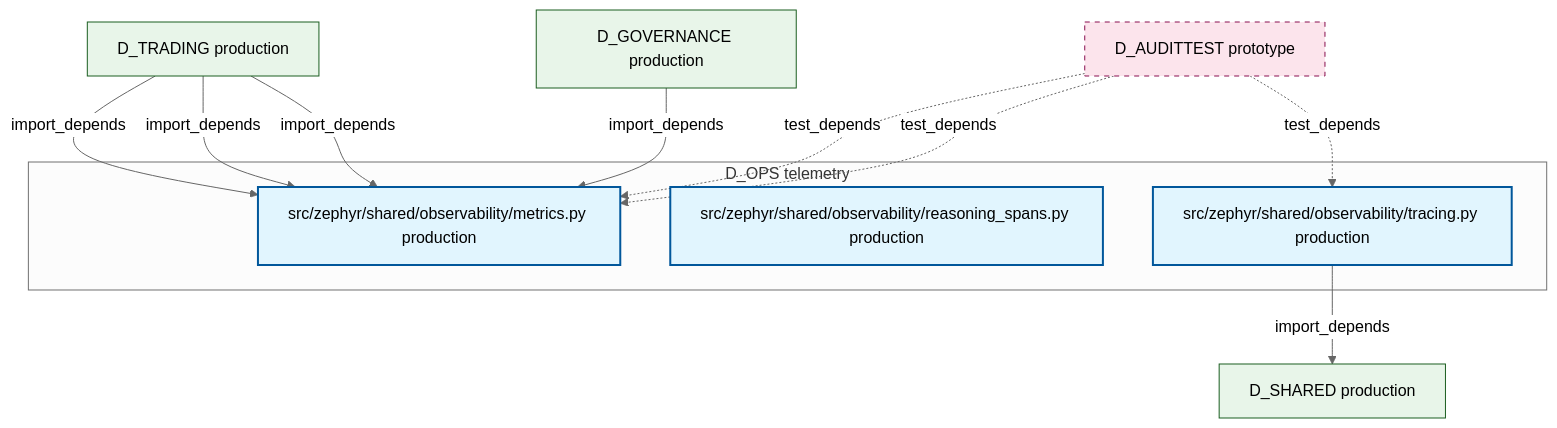
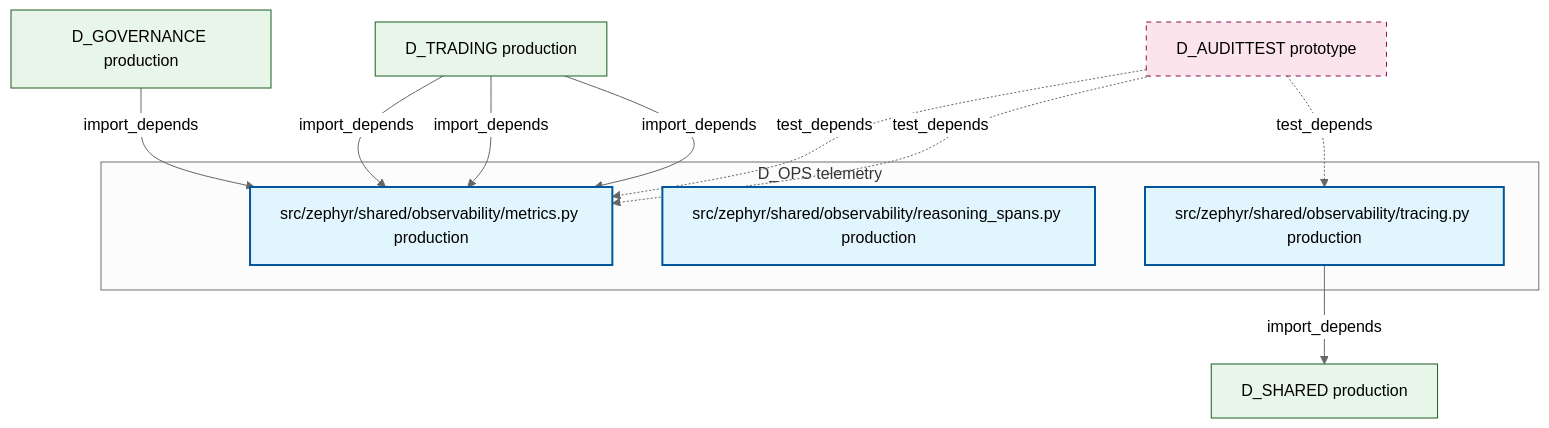
Before and after one commit to xuanFelixVan/ZephyrAlpha: the diagram in docs/02_enterprise_architecture/02_domain_architecture_docs/15_d_ops.md, drawn with Mermaid (neutral theme). The commit also changed other lines of this file and 97 other files, not shown here.

````diff
--- a/docs/02_enterprise_architecture/02_domain_architecture_docs/15_d_ops.md
+++ b/docs/02_enterprise_architecture/02_domain_architecture_docs/15_d_ops.md
@@ -47,27 +47,27 @@
 ```mermaid
 graph TD
     subgraph D_OPS["D_OPS telemetry"]
         src_zephyr_shared_observability_metrics_py["src/zephyr/shared/observability/metrics.py production"]
         src_zephyr_shared_observability_reasoning_spans_py["src/zephyr/shared/observability/reasoning_spans.py production"]
         src_zephyr_shared_observability_tracing_py["src/zephyr/shared/observability/tracing.py production"]
     end
     D_SHARED["D_SHARED production"]
     src_zephyr_shared_observability_tracing_py -->|import_depends| D_SHARED
+    D_GOVERNANCE["D_GOVERNANCE production"]
+    D_GOVERNANCE -->|import_depends| src_zephyr_shared_observability_metrics_py
+    D_TRADING["D_TRADING production"]
+    D_TRADING -->|import_depends| src_zephyr_shared_observability_metrics_py
     D_AUDITTEST["D_AUDITTEST prototype"]
     D_AUDITTEST -.->|test_depends| src_zephyr_shared_observability_metrics_py
-    D_TRADING["D_TRADING production"]
     D_TRADING -->|import_depends| src_zephyr_shared_observability_metrics_py
-    D_TRADING -->|import_depends| src_zephyr_shared_observability_metrics_py
-    D_GOVERNANCE["D_GOVERNANCE production"]
-    D_GOVERNANCE -->|import_depends| src_zephyr_shared_observability_metrics_py
     D_TRADING -->|import_depends| src_zephyr_shared_observability_metrics_py
     D_AUDITTEST -.->|test_depends| src_zephyr_shared_observability_metrics_py
     D_AUDITTEST -.->|test_depends| src_zephyr_shared_observability_tracing_py
     classDef production fill:#e1f5fe,stroke:#01579b,stroke-width:2px,color:#000
     classDef design fill:#fff3e0,stroke:#e65100,stroke-width:2px,color:#000,stroke-dasharray: 5 5
     classDef external_prod fill:#e8f5e9,stroke:#1b5e20,stroke-width:1px,color:#000
     classDef external_design fill:#fce4ec,stroke:#880e4f,stroke-width:1px,color:#000,stroke-dasharray: 5 5
     class src_zephyr_shared_observability_metrics_py,src_zephyr_shared_observability_reasoning_spans_py,src_zephyr_shared_observability_tracing_py production
-    class D_SHARED,D_TRADING,D_GOVERNANCE external_prod
+    class D_SHARED,D_GOVERNANCE,D_TRADING external_prod
     class D_AUDITTEST external_design
 ```
````
